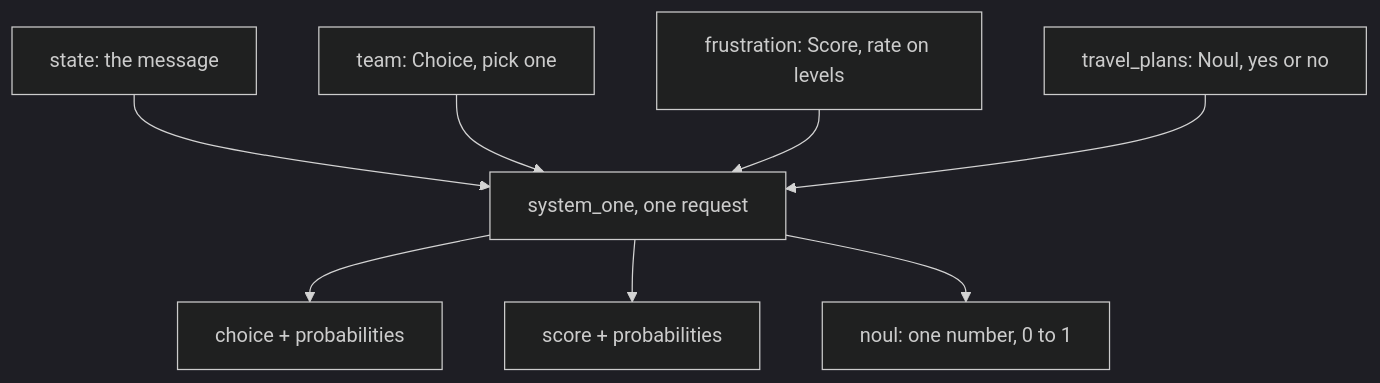
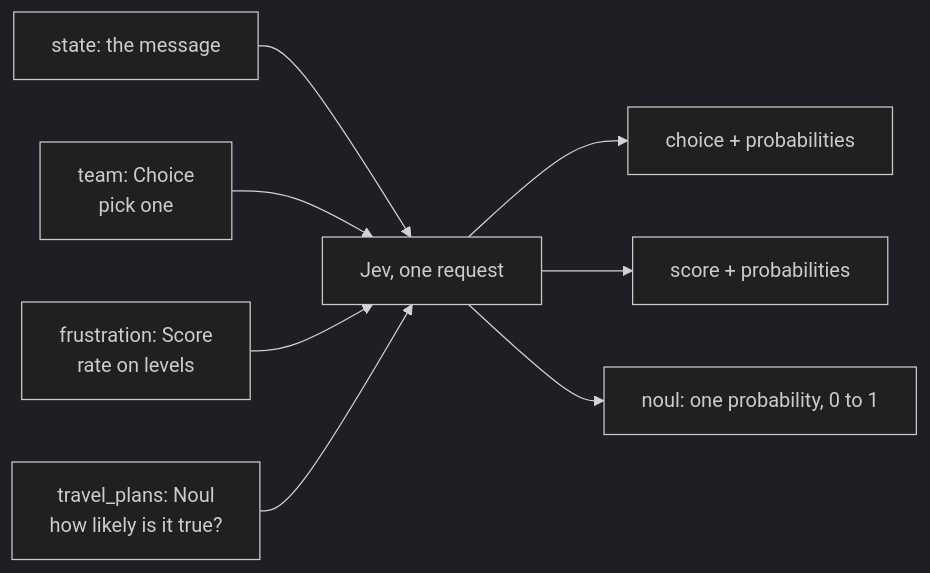
The fifth of 11 diagrams in imp_files/slides/module01_diagrams.md (axel-sirota/getting_started_jev), drawn with Mermaid (dark theme) before and after one commit. The commit also changed other lines of this file and 38 other files, not shown here.

Commit message:
Module 1: notebooks, diagrams and deck

````diff
--- a/imp_files/slides/module01_diagrams.md
+++ b/imp_files/slides/module01_diagrams.md
@@ -60,10 +61,10 @@
 ```mermaid
-flowchart TD
-  ST["state: the message"] --> J["system_one, one request"]
-  QC["team: Choice, pick one"] --> J
-  QS["frustration: Score, rate on levels"] --> J
-  QN["travel_plans: Noul, yes or no"] --> J
+flowchart LR
+  ST["state: the message"] --> J["Jev, one request"]
+  QC["team: Choice<br/>pick one"] --> J
+  QS["frustration: Score<br/>rate on levels"] --> J
+  QN["travel_plans: Noul<br/>how likely is it true?"] --> J
   J --> AC["choice + probabilities"]
   J --> AS["score + probabilities"]
-  J --> AN["noul: one number, 0 to 1"]
+  J --> AN["noul: one probability, 0 to 1"]
 ```
````
